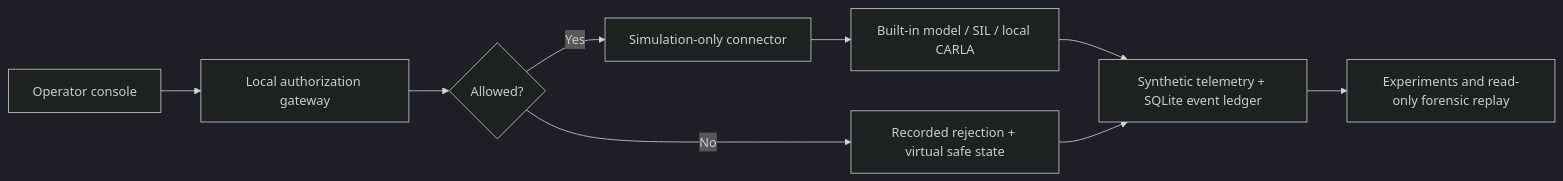
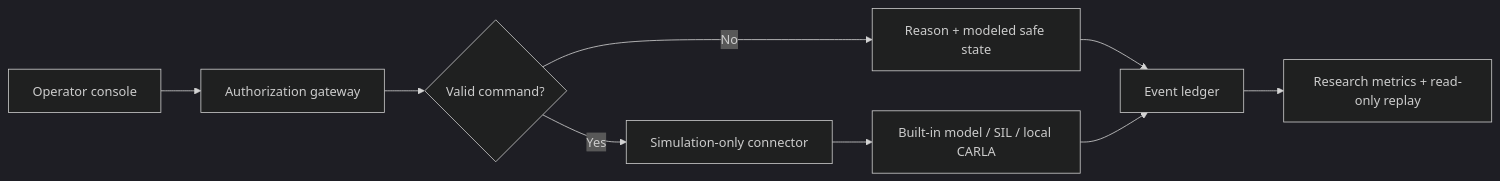
The diagram in README.md (topherchris420/ghostwheel), drawn with Mermaid (dark theme) before and after one commit. The commit also changed other lines of this file, not shown here.

````diff
--- a/README.md
+++ b/README.md
@@ -94,11 +134,11 @@
-```mermaid
+~~~mermaid
 flowchart LR
-    A["Operator console"] --> B["Local authorization gateway"]
-    B --> C{"Allowed?"}
+    A["Operator console"] --> B["Authorization gateway"]
+    B --> C{"Valid command?"}
     C -->|Yes| D["Simulation-only connector"]
-    C -->|No| E["Recorded rejection + virtual safe state"]
+    C -->|No| E["Reason + modeled safe state"]
     D --> F["Built-in model / SIL / local CARLA"]
-    F --> G["Synthetic telemetry + SQLite event ledger"]
-    E --> G
-    G --> H["Experiments and read-only forensic replay"]
-```
+    E --> G["Event ledger"]
+    F --> G
+    G --> H["Research metrics + read-only replay"]
+~~~
````
